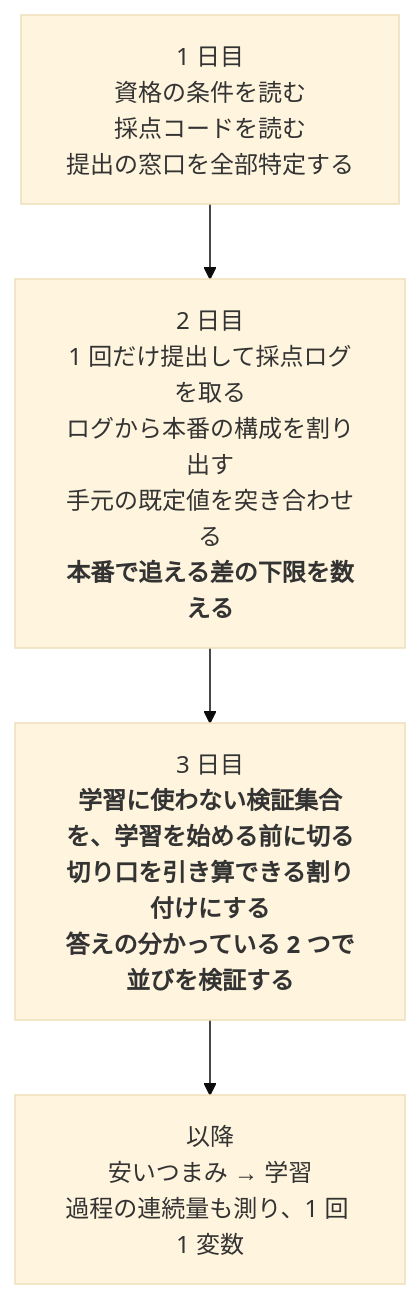
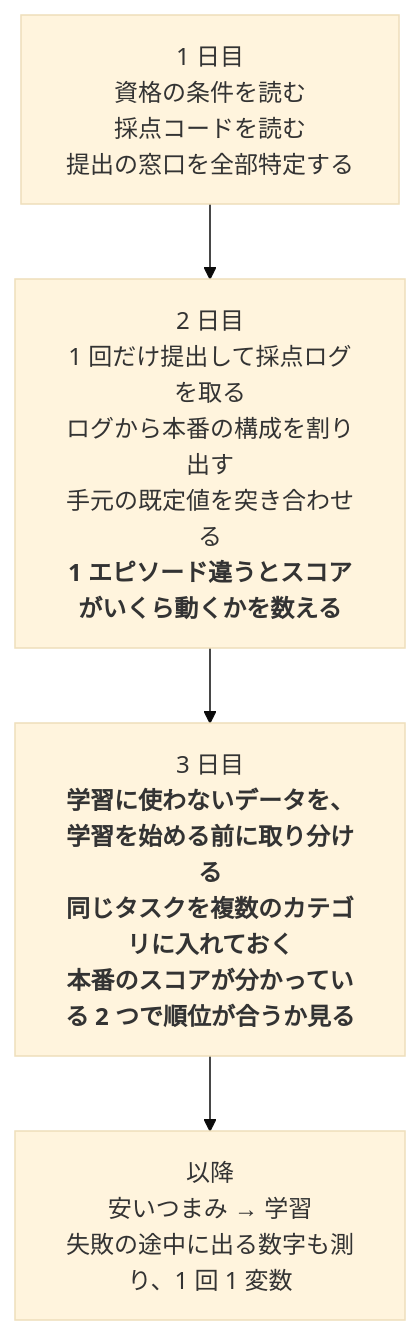
Before and after one commit to siruku6/PARC2026_pre: the diagram in docs/talk/lessons_learned.md, drawn with Mermaid (base theme). The commit also changed other lines of this file, not shown here.

````diff
--- a/docs/talk/lessons_learned.md
+++ b/docs/talk/lessons_learned.md
@@ -409,8 +432,8 @@
 ```mermaid
 flowchart TD
     D1["1 日目<br/>資格の条件を読む<br/>採点コードを読む<br/>提出の窓口を全部特定する"]
-    D2["2 日目<br/>1 回だけ提出して採点ログを取る<br/>ログから本番の構成を割り出す<br/>手元の既定値を突き合わせる<br/><b>本番で追える差の下限を数える</b>"]
-    D3["3 日目<br/><b>学習に使わない検証集合を、学習を始める前に切る</b><br/><b>切り口を引き算できる割り付けにする</b><br/><b>答えの分かっている 2 つで並びを検証する</b>"]
-    GO["以降<br/>安いつまみ → 学習<br/>過程の連続量も測り、1 回 1 変数"]
+    D2["2 日目<br/>1 回だけ提出して採点ログを取る<br/>ログから本番の構成を割り出す<br/>手元の既定値を突き合わせる<br/><b>1 エピソード違うとスコアがいくら動くかを数える</b>"]
+    D3["3 日目<br/><b>学習に使わないデータを、学習を始める前に取り分ける</b><br/><b>同じタスクを複数のカテゴリに入れておく</b><br/><b>本番のスコアが分かっている 2 つで順位が合うか見る</b>"]
+    GO["以降<br/>安いつまみ → 学習<br/>失敗の途中に出る数字も測り、1 回 1 変数"]
     D1 --> D2 --> D3 --> GO
 ```
````
